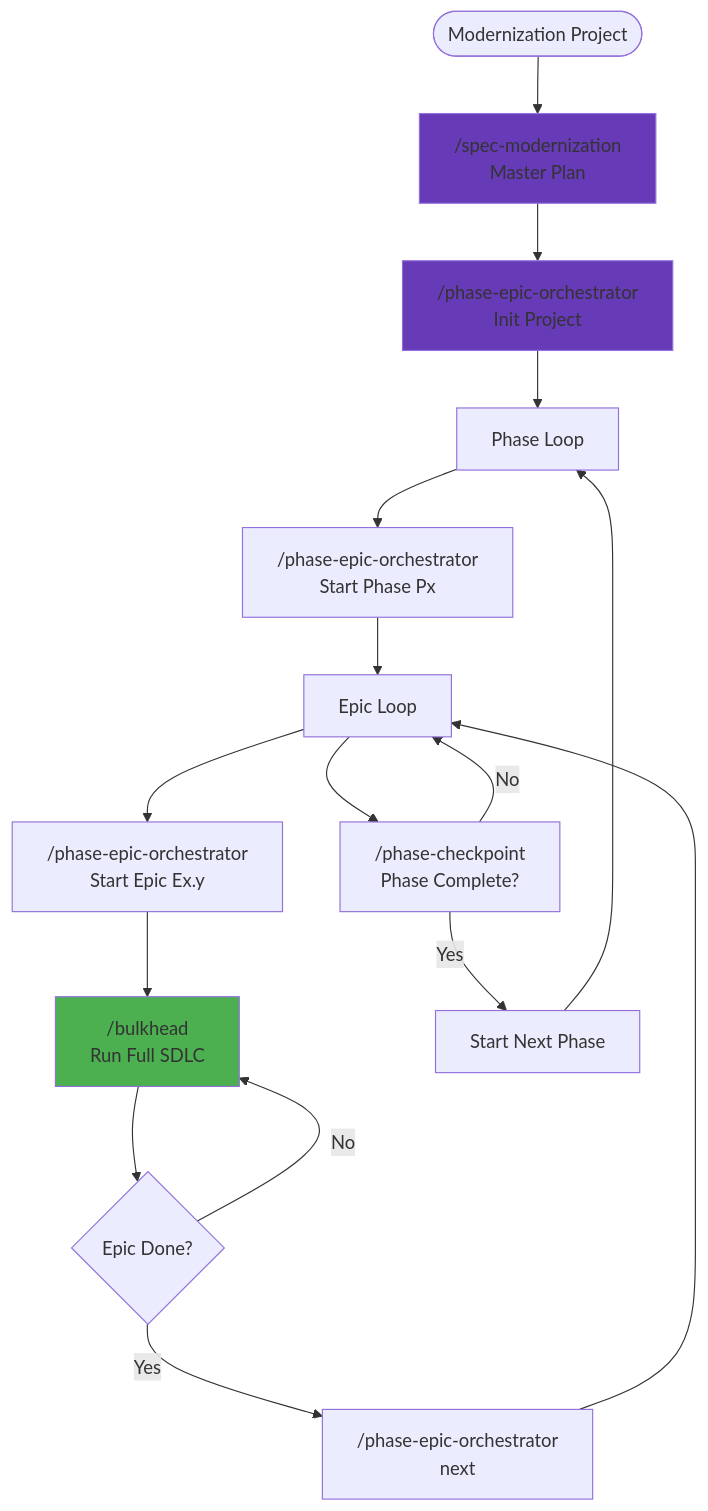
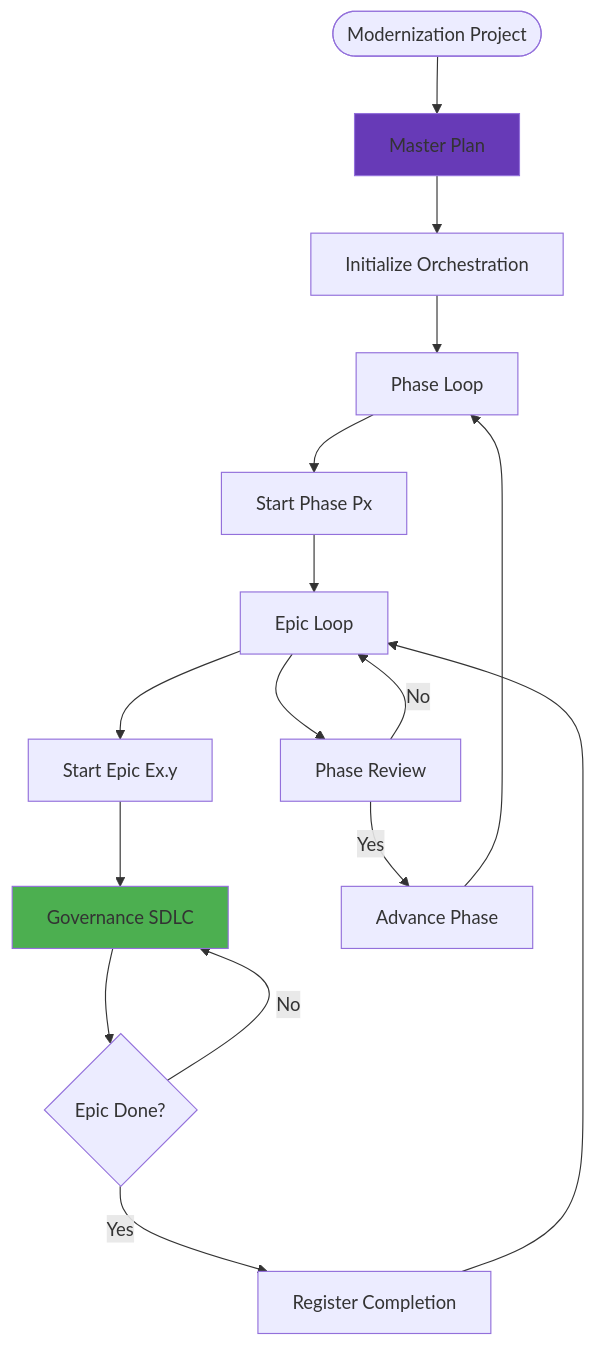
The eighth of 8 diagrams in docs/workflow-scenarios.md (agarwalvipin/bulkhead), drawn with Mermaid before and after one commit. The commit also changed other lines of this file and 19 other files, not shown here.

````diff
--- a/docs/workflow-scenarios.md
+++ b/docs/workflow-scenarios.md
@@ -427,27 +425,26 @@
 ```mermaid
 graph TD
-    Start([Modernization Project]) --> SpecMod["/spec-modernization\nMaster Plan"]
-    SpecMod --> Init["/phase-epic-orchestrator\nInit Project"]
+    Start([Modernization Project]) --> SpecMod["Master Plan"]
+    SpecMod --> Init["Initialize Orchestration"]
     
     Init --> PhaseLoop[Phase Loop]
-    PhaseLoop --> PStart["/phase-epic-orchestrator\nStart Phase Px"]
+    PhaseLoop --> PStart["Start Phase Px"]
     
     PStart --> EpicLoop[Epic Loop]
-    EpicLoop --> EStart["/phase-epic-orchestrator\nStart Epic Ex.y"]
+    EpicLoop --> EStart["Start Epic Ex.y"]
     
-    EStart --> SDLC["/bulkhead\nRun Full SDLC"]
+    EStart --> SDLC["Governance SDLC"]
     SDLC --> EComplete{Epic Done?}
     EComplete -->|No| SDLC
-    EComplete -->|Yes| NextEpic["/phase-epic-orchestrator\nnext"]
+    EComplete -->|Yes| NextEpic["Register Completion"]
     
     NextEpic --> EpicLoop
-    EpicLoop --> PhaseGate["/phase-checkpoint\nPhase Complete?"]
+    EpicLoop --> PhaseGate["Phase Review"]
     
     PhaseGate -->|No| EpicLoop
-    PhaseGate -->|Yes| NextPhase["Start Next Phase"]
+    PhaseGate -->|Yes| NextPhase["Advance Phase"]
     NextPhase --> PhaseLoop
     
     style SpecMod fill:#673AB7
-    style Init fill:#673AB7
     style SDLC fill:#4CAF50
 ```
````
